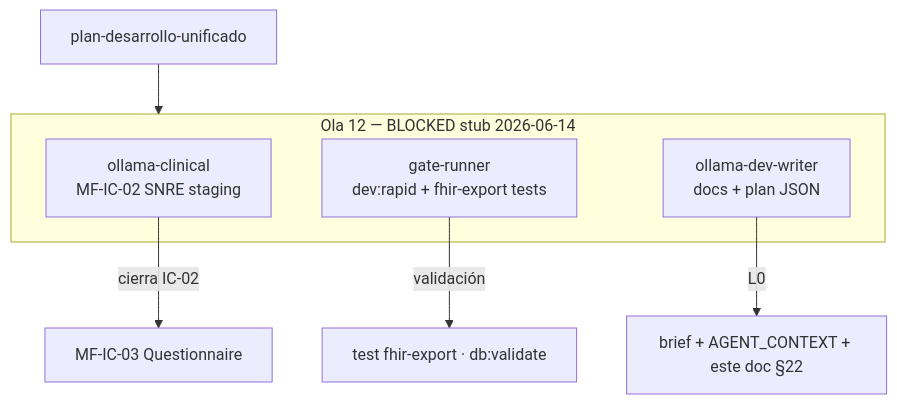
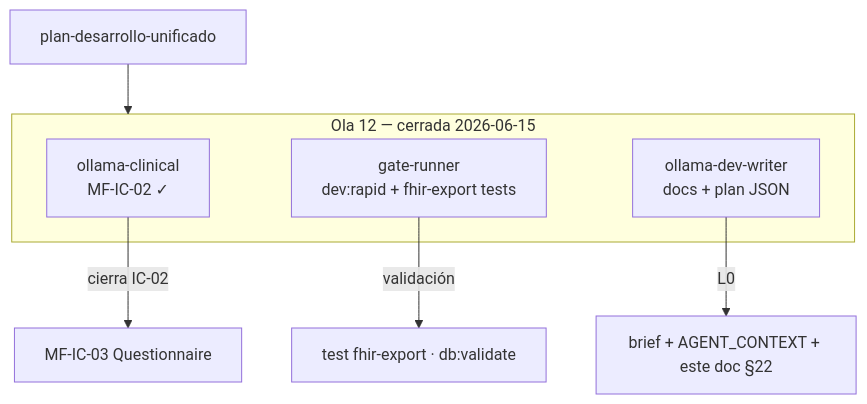
One commit to gabriel2320/epis2 changed diagram 12 of 13 in reports/epis2-orquestacion-paralela-2026-06-14.md. Above: the diagram before and after it, drawn with Mermaid. The commit also changed other lines of this file and 5 other files, not shown here.

````diff
--- a/reports/epis2-orquestacion-paralela-2026-06-14.md
+++ b/reports/epis2-orquestacion-paralela-2026-06-14.md
@@ -1382,12 +1380,12 @@
 ```mermaid
 flowchart TB
-  subgraph ola12 [Ola 12 — BLOCKED stub 2026-06-14]
-    C12[ollama-clinical<br/>MF-IC-02 SNRE staging]
+  subgraph ola12 [Ola 12 — cerrada 2026-06-15]
+    C12[ollama-clinical<br/>MF-IC-02 ✓]
     R12[gate-runner<br/>dev:rapid + fhir-export tests]
     W12[ollama-dev-writer<br/>docs + plan JSON]
   end
   PLAN12[plan-desarrollo-unificado] --> ola12
   C12 -->|cierra IC-02| IC03[MF-IC-03 Questionnaire]
   R12 -->|validación| GATES12[test fhir-export · db:validate]
   W12 -->|L0| DOCS12[brief + AGENT_CONTEXT + este doc §22]
 ```
````
